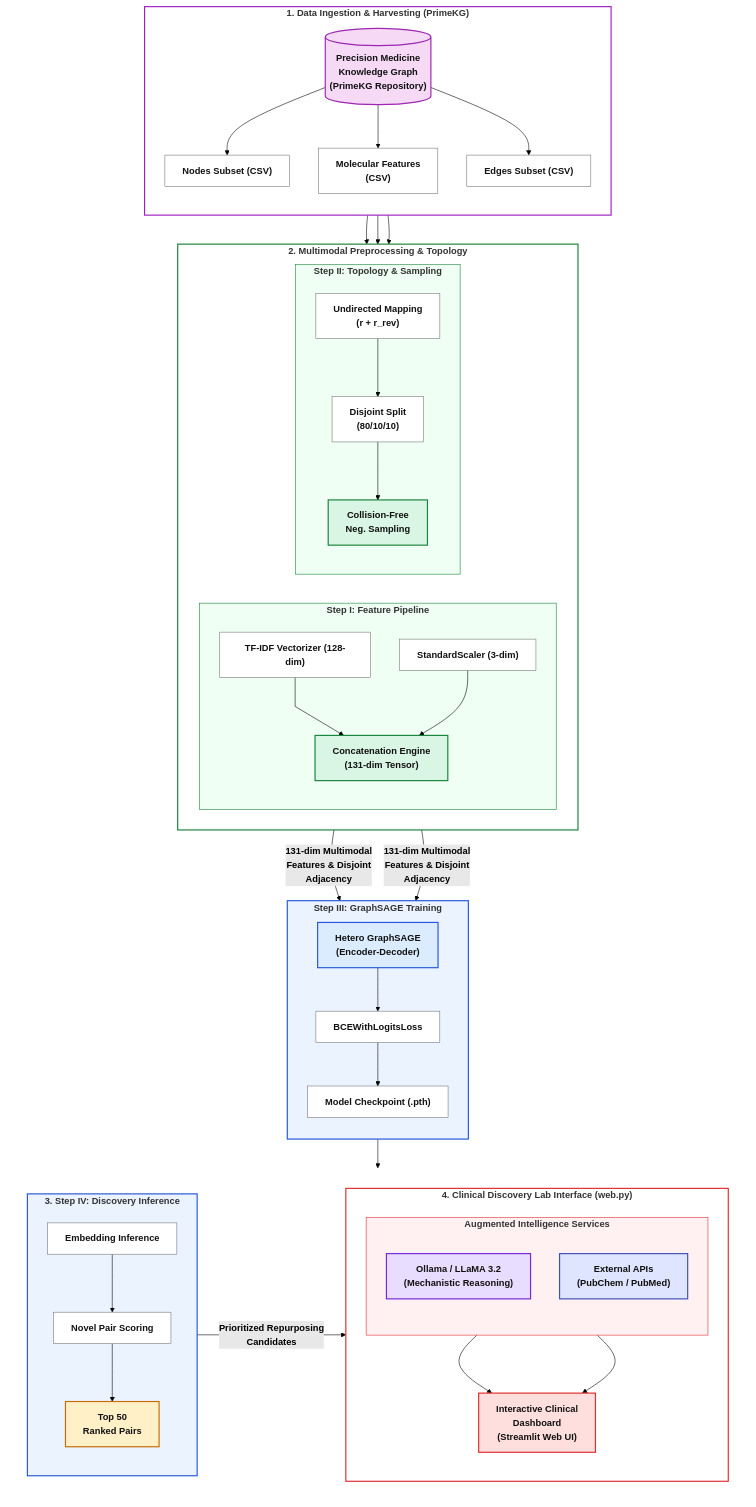
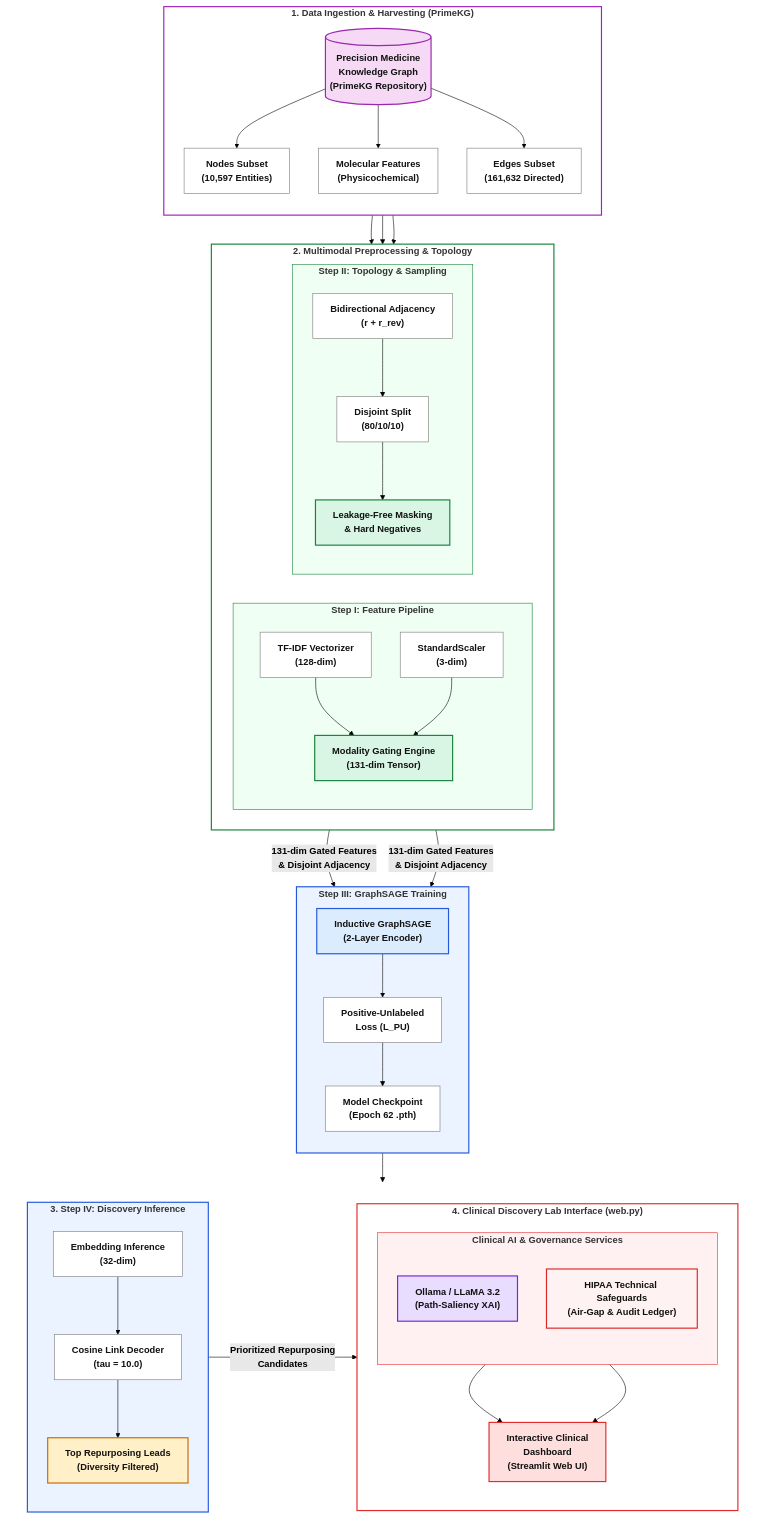
One commit to ojhaprathmesh/Rapid_AI_Drug_Repurposing_Repo changed the diagram in docs/SYSTEM_ARCHITECTURE.mmd. Above: the diagram before and after it, drawn with Mermaid (forest theme). The commit also changed 4 other files, not shown here.

First line of the commit message:
docs(arch): modernize system architecture diagram and decouple figure placements

```diff
--- a/docs/SYSTEM_ARCHITECTURE.mmd
+++ b/docs/SYSTEM_ARCHITECTURE.mmd
@@ -1,113 +1,118 @@
 ---
 config:
   layout: fixed
 ---
 flowchart TB
- subgraph DATA["`**1. Data Ingestion &amp; Harvesting (PrimeKG)**`"]
+ subgraph DATA["`**1. Data Ingestion & Harvesting (PrimeKG)**`"]
     direction TB
         PKG[("`**Precision Medicine<br>Knowledge Graph<br>(PrimeKG Repository)**`")]
-        NODES["`**Nodes Subset (CSV)**`"]
-        MOL["`**Molecular Features<br>(CSV)**`"]
-        EDGES["`**Edges Subset (CSV)**`"]
+        NODES["`**Nodes Subset<br>(10,597 Entities)**`"]
+        MOL["`**Molecular Features<br>(Physicochemical)**`"]
+        EDGES["`**Edges Subset<br>(161,632 Directed)**`"]
   end
  subgraph FEATURE["`**Step I: Feature Pipeline**`"]
     direction TB
-        TFIDF["`**TF-IDF Vectorizer (128-dim)**`"]
-        SCALER["`**StandardScaler (3-dim)**`"]
-        CONCAT["`**Concatenation Engine<br>(131-dim Tensor)**`"]
+        TFIDF["`**TF-IDF Vectorizer<br>(128-dim)**`"]
+        SCALER["`**StandardScaler<br>(3-dim)**`"]
+        CONCAT["`**Modality Gating Engine<br>(131-dim Tensor)**`"]
   end
  subgraph TOPO["`**Step II: Topology & Sampling**`"]
     direction TB
-        UNDIRECTED["`**Undirected Mapping<br>(r + r_rev)**`"]
+        UNDIRECTED["`**Bidirectional Adjacency<br>(r + r_rev)**`"]
         SPLIT["`**Disjoint Split<br>(80/10/10)**`"]
-        NEG["`**Collision-Free<br>Neg. Sampling**`"]
+        NEG["`**Leakage-Free Masking<br>& Hard Negatives**`"]
   end
  subgraph PRE["`**2. Multimodal Preprocessing & Topology**`"]
     direction LR
         FEATURE
         TOPO
   end
  subgraph TRAIN["`**Step III: GraphSAGE Training**`"]
     direction TB
-        GSAGE["`**Hetero GraphSAGE<br>(Encoder-Decoder)**`"]
-        LOSS["`**BCEWithLogitsLoss**`"]
-        CHECK["`**Model Checkpoint (.pth)**`"]
+        GSAGE["`**Inductive GraphSAGE<br>(2-Layer Encoder)**`"]
+        LOSS["`**Positive-Unlabeled<br>Loss (L_PU)**`"]
+        CHECK["`**Model Checkpoint<br>(Epoch 62 .pth)**`"]
   end
  subgraph DISCOVERY["`**3. Step IV: Discovery Inference**`"]
     direction TB
-        EMB["`**Embedding Inference**`"]
-        SCORE["`**Novel Pair Scoring**`"]
-        TOP50["`**Top 50<br>Ranked Pairs**`"]
+        EMB["`**Embedding Inference<br>(32-dim)**`"]
+        SCORE["`**Cosine Link Decoder<br>(tau = 10.0)**`"]
+        TOP50["`**Top Repurposing Leads<br>(Diversity Filtered)**`"]
   end
- subgraph AI["`**Augmented Intelligence Services**`"]
+ subgraph AI["`**Clinical AI & Governance Services**`"]
     direction TB
-        OLLAMA["`**Ollama / LLaMA 3.2<br>(Mechanistic Reasoning)**`"]
-        APIS["`**External APIs<br>(PubChem / PubMed)**`"]
+        OLLAMA["`**Ollama / LLaMA 3.2<br>(Path-Saliency XAI)**`"]
+        SAFEGUARDS["`**HIPAA Technical Safeguards<br>(Air-Gap & Audit Ledger)**`"]
   end
  subgraph LAB["`**4. Clinical Discovery Lab Interface (web.py)**`"]
     direction TB
         AI
         DASH["`**Interactive Clinical<br>Dashboard<br>(Streamlit Web UI)**`"]
   end
  subgraph DOWNSTREAM[" "]
     direction LR
         DISCOVERY
         LAB
   end
+
     PKG --> NODES & MOL & EDGES
-    TFIDF L_TFIDF_CONCAT_0@--> CONCAT
+    NODES --> TFIDF
+    MOL --> SCALER
+    EDGES --> UNDIRECTED
+
+    TFIDF --> CONCAT
     SCALER --> CONCAT
     UNDIRECTED --> SPLIT
     SPLIT --> NEG
-    NODES --> TFIDF
-    MOL --> SCALER
-    EDGES --> UNDIRECTED
-    CONCAT -- "`**131-dim Multimodal<br>Features &amp; Disjoint<br>Adjacency**`" --> GSAGE
-    NEG -- "`**131-dim Multimodal<br>Features &amp; Disjoint<br>Adjacency**`" --> GSAGE
+
+    CONCAT -- "`**131-dim Gated Features<br>& Disjoint Adjacency**`" --> GSAGE
+    NEG -- "`**131-dim Gated Features<br>& Disjoint Adjacency**`" --> GSAGE
     GSAGE --> LOSS
     LOSS --> CHECK
+
+    CHECK --> EMB
     EMB --> SCORE
     SCORE --> TOP50
+
+    TOP50 -- "`**Prioritized Repurposing<br>Candidates**`" --> DASH
     OLLAMA --> DASH
-    APIS --> DASH
-    CHECK --> EMB
-    TOP50 -- "`**Prioritized Repurposing<br>Candidates**`" --> DASH
+    SAFEGUARDS --> DASH
 
-     PKG:::dataNode
-     NODES:::processNode
-     MOL:::processNode
-     EDGES:::processNode
-     TFIDF:::processNode
-     SCALER:::processNode
-     CONCAT:::greenNode
-     UNDIRECTED:::processNode
-     SPLIT:::processNode
-     NEG:::greenNode
-     GSAGE:::blueNode
-     LOSS:::processNode
-     CHECK:::processNode
-     EMB:::processNode
-     SCORE:::processNode
-     TOP50:::orangeNode
-     OLLAMA:::purpleNode
-     APIS:::apiNode
-     DASH:::dashboardNode
+    PKG:::dataNode
+    NODES:::processNode
+    MOL:::processNode
+    EDGES:::processNode
+    TFIDF:::processNode
+    SCALER:::processNode
+    CONCAT:::greenNode
+    UNDIRECTED:::processNode
+    SPLIT:::processNode
+    NEG:::greenNode
+    GSAGE:::blueNode
+    LOSS:::processNode
+    CHECK:::processNode
+    EMB:::processNode
+    SCORE:::processNode
+    TOP50:::orangeNode
+    OLLAMA:::purpleNode
+    SAFEGUARDS:::hipaaNode
+    DASH:::dashboardNode
+
     classDef dataNode fill:#f5d9f5,stroke:#9c27b0,stroke-width:2px,color:#111
     classDef processNode fill:#ffffff,stroke:#777,stroke-width:1px,color:#111
     classDef greenNode fill:#d9f5e3,stroke:#16833b,stroke-width:2px,color:#111
     classDef blueNode fill:#dcecff,stroke:#2558d9,stroke-width:2px,color:#111
     classDef orangeNode fill:#fff0c7,stroke:#c76b00,stroke-width:2px,color:#111
     classDef purpleNode fill:#e9ddff,stroke:#7625d9,stroke-width:2px,color:#111
-    classDef apiNode fill:#dfe4ff,stroke:#3d50b5,stroke-width:2px,color:#111
+    classDef hipaaNode fill:#fef2f2,stroke:#dc2626,stroke-width:2px,color:#111
     classDef dashboardNode fill:#ffdede,stroke:#e22b2b,stroke-width:2px,color:#111
+
     style FEATURE fill:#effff3,stroke:#16833b,stroke-width:1px
     style TOPO fill:#effff3,stroke:#16833b,stroke-width:1px
     style AI fill:#fff1f1,stroke:#e22b2b,stroke-width:1px
     style DISCOVERY fill:#eaf3ff,stroke:#2558d9,stroke-width:2px
     style LAB fill:#ffffff,stroke:#e22b2b,stroke-width:2px
     style DATA fill:#ffffff,stroke:#a020c0,stroke-width:2px
     style PRE fill:#ffffff,stroke:#16833b,stroke-width:2px
     style TRAIN fill:#eaf3ff,stroke:#2558d9,stroke-width:2px
     style DOWNSTREAM fill:transparent,stroke:transparent
-
-    L_TFIDF_CONCAT_0@{ curve: linear }
```
